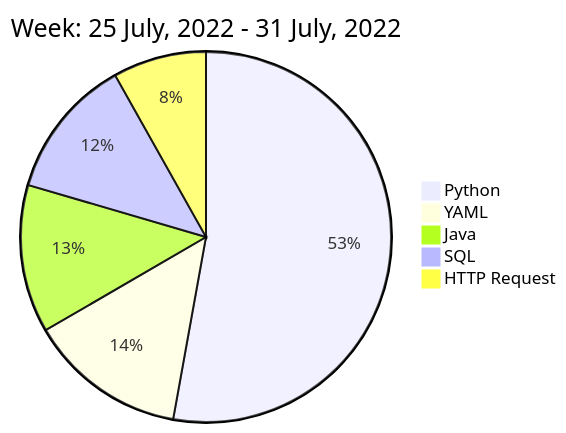
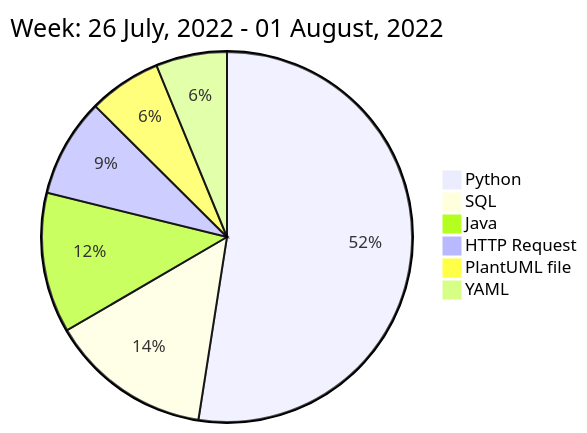
The diagram in README.md (liubin95/liubin95), drawn with Mermaid before and after one commit.

Commit message:
Updated the Graph with new Metrics

````diff
--- a/README.md
+++ b/README.md
@@ -40,9 +40,10 @@
 ```mermaid
  pie
-title Week: 25 July, 2022 - 31 July, 2022
+title Week: 26 July, 2022 - 01 August, 2022
  "Python" : 12.0
- "YAML" : 3.13
- "Java" : 2.93
- "SQL" : 2.8
- "HTTP Request" : 1.85
+ "SQL" : 3.23
+ "Java" : 2.8
+ "HTTP Request" : 1.97
+ "PlantUML file" : 1.45
+ "YAML" : 1.42
 ```
````
